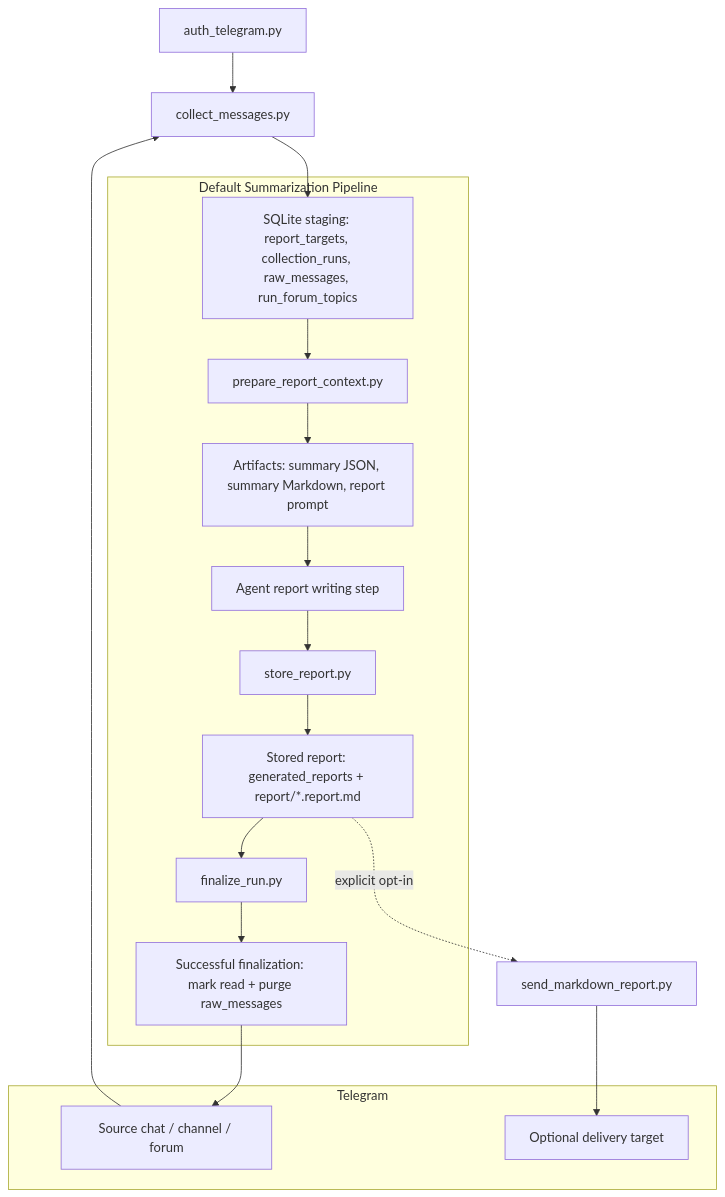
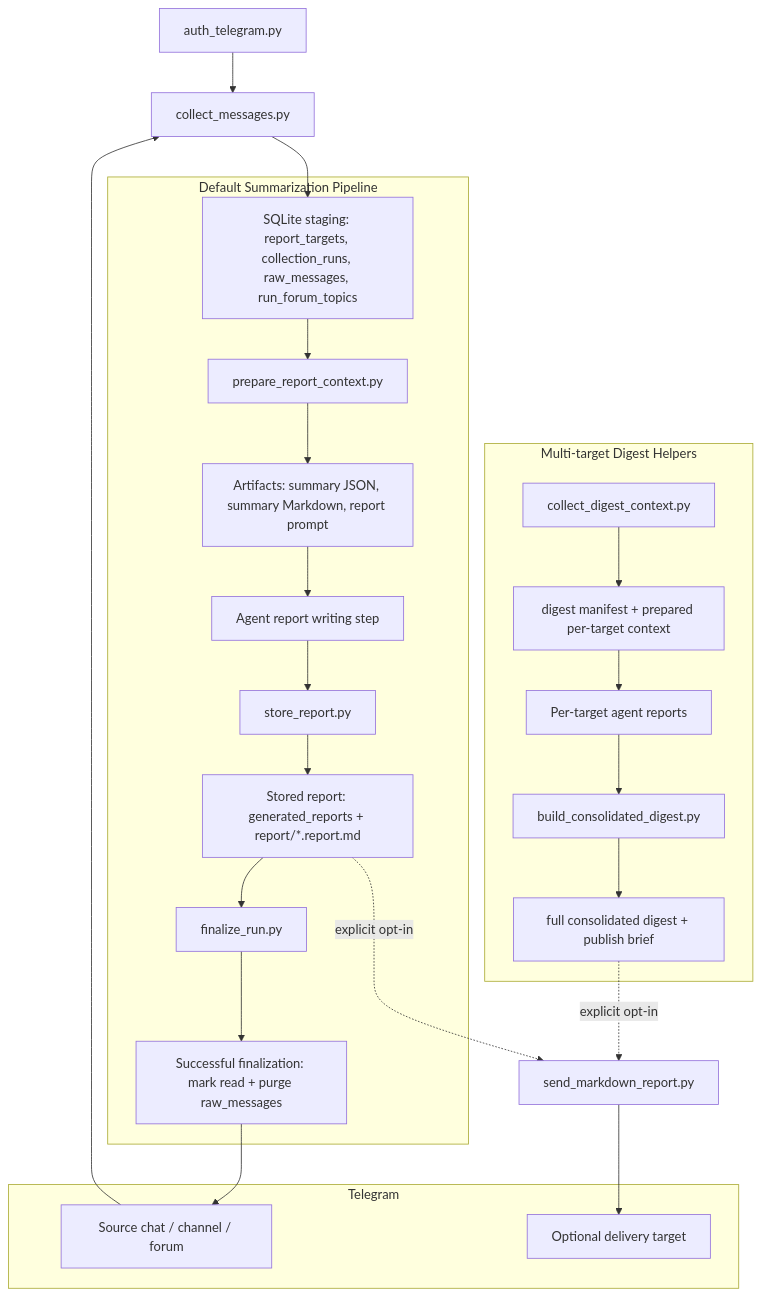
One commit to alexdeveloper909/SummarizeTelegramGroup changed the diagram in docs/architecture.md. Above: the diagram before and after it, drawn with Mermaid. The commit also changed other lines of this file and 20 other files, not shown here.

Commit message:
added multi channel consolidated summaries

````diff
--- a/docs/architecture.md
+++ b/docs/architecture.md
@@ -5,34 +5,47 @@
 ```mermaid
 flowchart TD
     A["auth_telegram.py"] --> B["collect_messages.py"]
 
     subgraph Telegram
         T1["Source chat / channel / forum"]
         T2["Optional delivery target"]
     end
 
     subgraph Pipeline["Default Summarization Pipeline"]
         C["SQLite staging: report_targets, collection_runs, raw_messages, run_forum_topics"]
         D["prepare_report_context.py"]
         E["Artifacts: summary JSON, summary Markdown, report prompt"]
         F["Agent report writing step"]
         G["store_report.py"]
         H["Stored report: generated_reports + report/*.report.md"]
         I["finalize_run.py"]
         J["Successful finalization: mark read + purge raw_messages"]
     end
 
+    subgraph MultiTarget["Multi-target Digest Helpers"]
+        M["collect_digest_context.py"]
+        N["digest manifest + prepared per-target context"]
+        O["Per-target agent reports"]
+        P["build_consolidated_digest.py"]
+        Q["full consolidated digest + publish brief"]
+    end
+
     T1 --> B
     B --> C
     C --> D
     D --> E
     E --> F
     F --> G
     G --> H
     H --> I
     I --> J
     J --> T1
+    M --> N
+    N --> O
+    O --> P
+    P --> Q
 
     K["send_markdown_report.py"] --> T2
     H -. "explicit opt-in" .-> K
+    Q -. "explicit opt-in" .-> K
 ```
````
